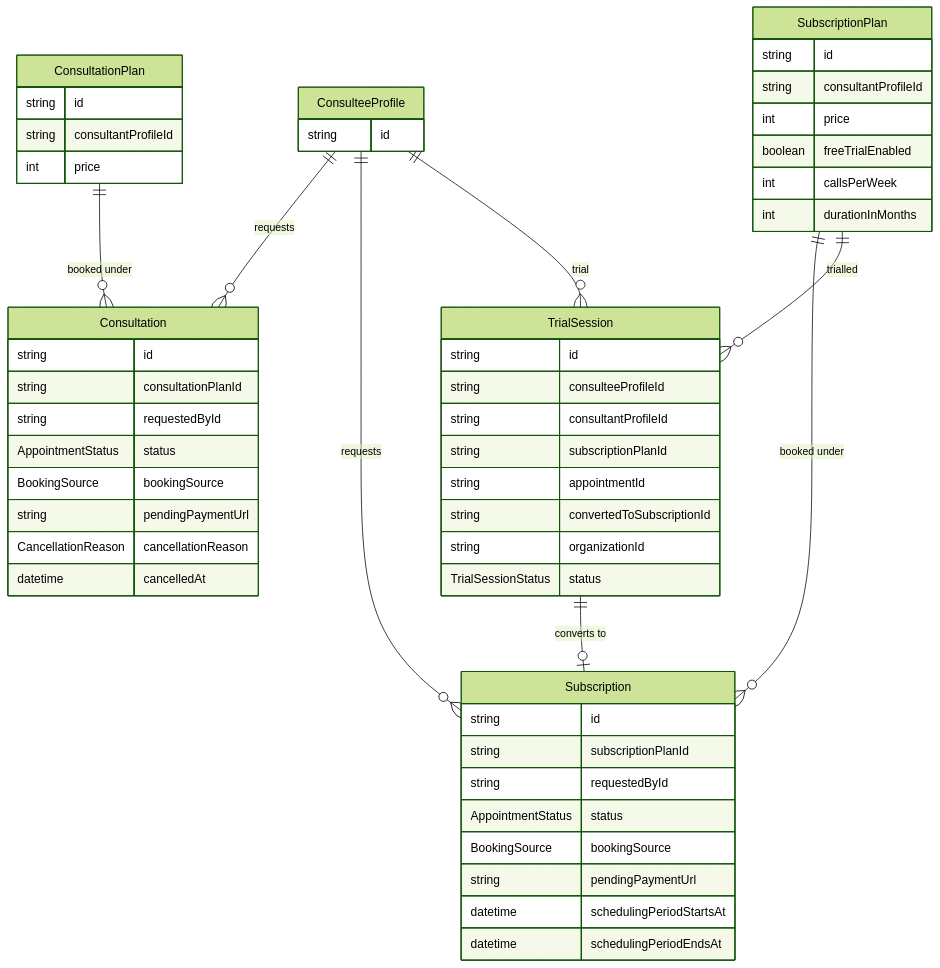
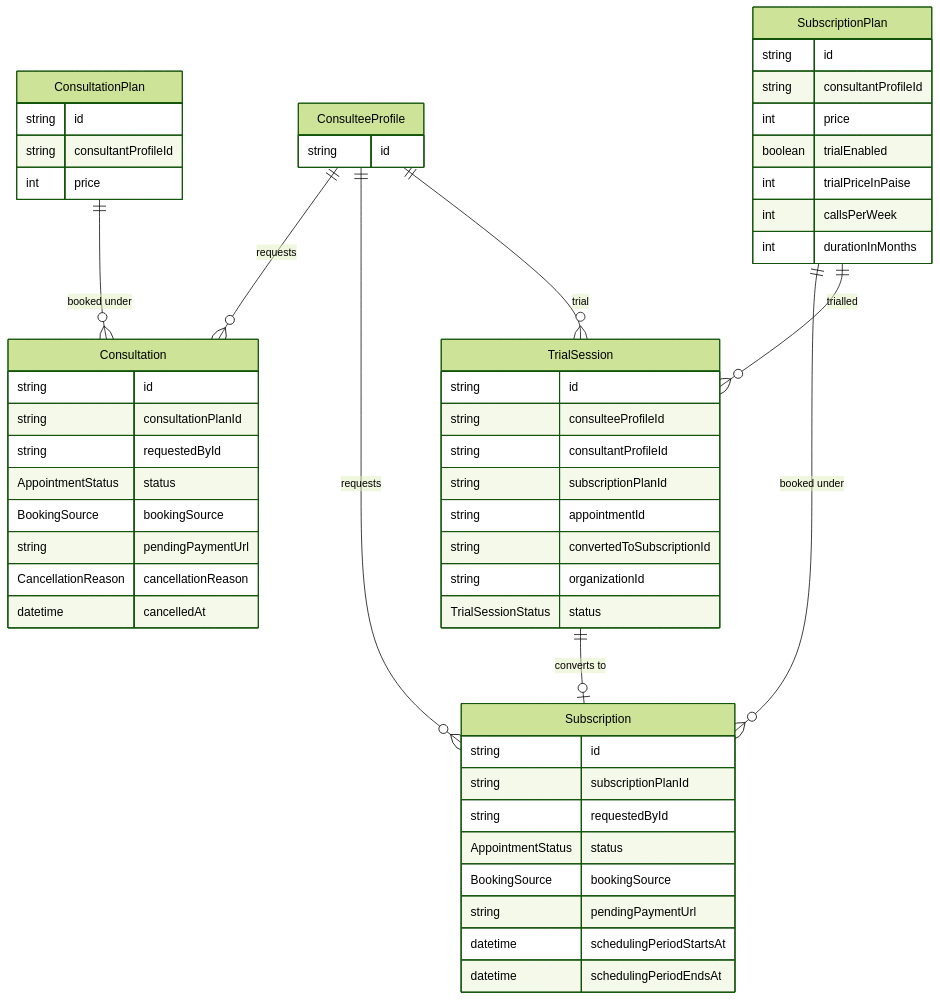
Before and after one commit to Practitionist/familiarise_web: the ninth of 24 diagrams in docs/prisma/schema-map.md, drawn with Mermaid (forest theme). The commit also changed other lines of this file and 6 other files, not shown here.

First line of the commit message:
refactor(trials): finish the free-trial naming sweep in docs + detail mapper

````diff
--- a/docs/prisma/schema-map.md
+++ b/docs/prisma/schema-map.md
@@ -594,57 +595,58 @@
 ```mermaid
 erDiagram
     ConsulteeProfile {
         string id
     }
     ConsultationPlan {
         string id
         string consultantProfileId
         int price
     }
     Consultation {
         string id
         string consultationPlanId
         string requestedById
         AppointmentStatus status
         BookingSource bookingSource
         string pendingPaymentUrl
         CancellationReason cancellationReason
         datetime cancelledAt
     }
     SubscriptionPlan {
         string id
         string consultantProfileId
         int price
-        boolean freeTrialEnabled
+        boolean trialEnabled
+        int trialPriceInPaise
         int callsPerWeek
         int durationInMonths
     }
     Subscription {
         string id
         string subscriptionPlanId
         string requestedById
         AppointmentStatus status
         BookingSource bookingSource
         string pendingPaymentUrl
         datetime schedulingPeriodStartsAt
         datetime schedulingPeriodEndsAt
     }
     TrialSession {
         string id
         string consulteeProfileId
         string consultantProfileId
         string subscriptionPlanId
         string appointmentId
         string convertedToSubscriptionId
         string organizationId
         TrialSessionStatus status
     }
 
     ConsulteeProfile ||--o{ Consultation : "requests"
     ConsultationPlan ||--o{ Consultation : "booked under"
     ConsulteeProfile ||--o{ Subscription : "requests"
     SubscriptionPlan ||--o{ Subscription : "booked under"
     ConsulteeProfile ||--o{ TrialSession : "trial"
     SubscriptionPlan ||--o{ TrialSession : "trialled"
     TrialSession ||--o| Subscription : "converts to"
 ```
````
